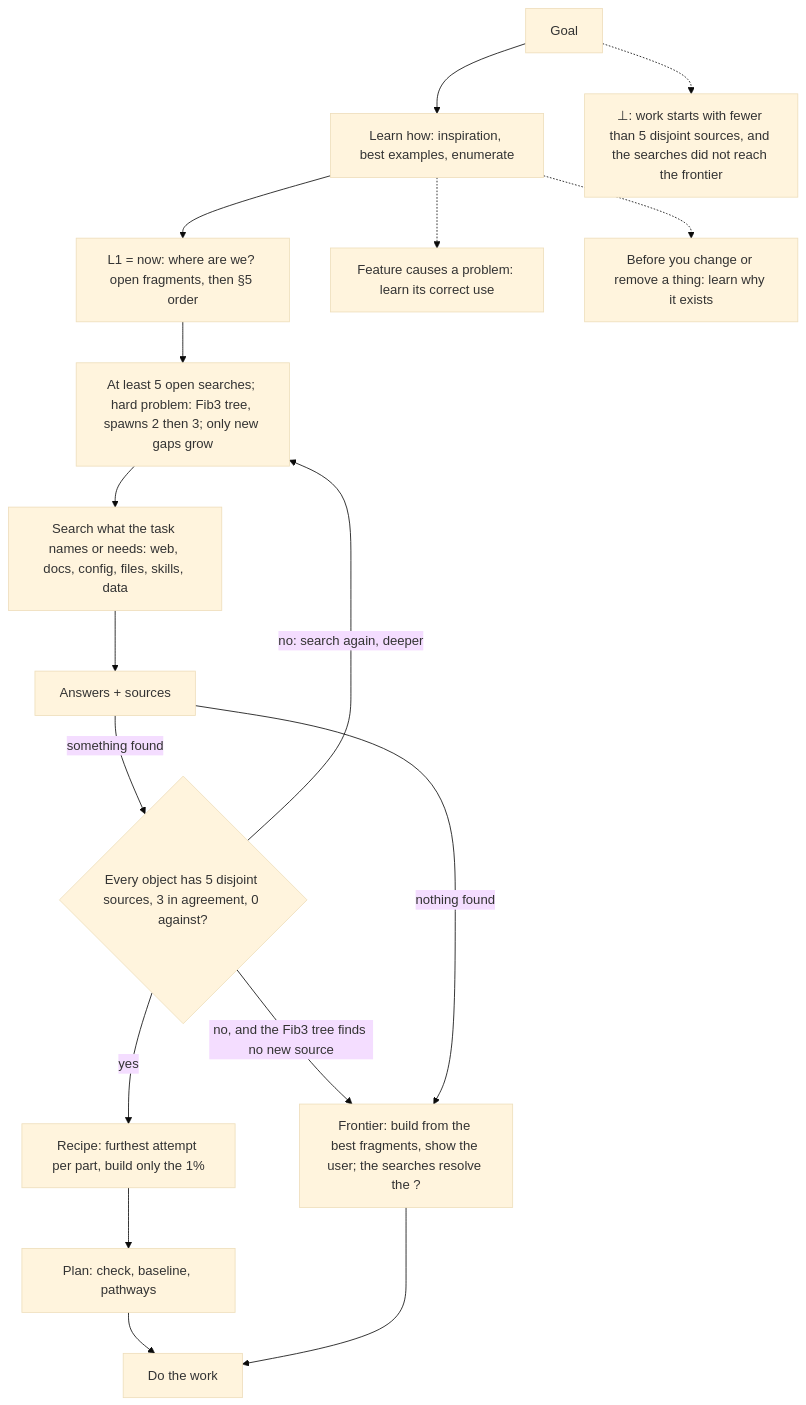
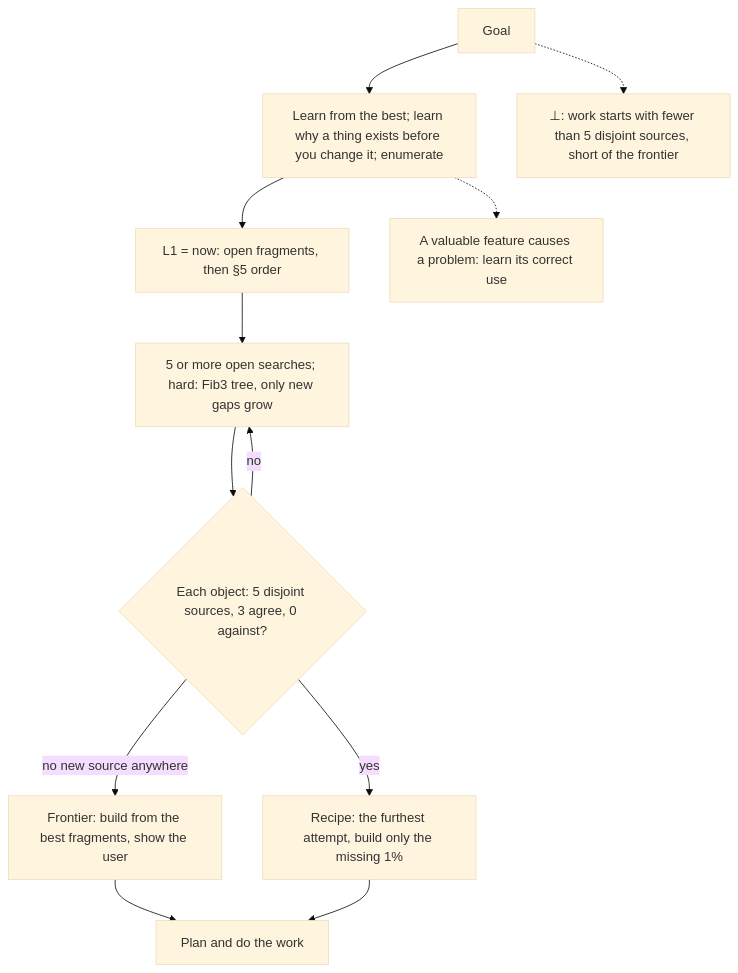
The fourth of 14 diagrams in AGENTS.md (SolenixAI/arbiter), drawn with Mermaid (base theme) before and after one commit. The commit also changed other lines of this file and 1 other file, not shown here.

First line of the commit message:
refactor(agents): every token earns its place: -20.5% per request, all rules and forms kept

````diff
--- a/AGENTS.md
+++ b/AGENTS.md
@@ -227,12 +153,10 @@
 ```mermaid
 flowchart TD
-  G[Goal] --> L[Learn how: inspiration, best examples, enumerate] --> F1["L1 = now: where are we? open fragments, then §5 order"] --> Q["At least 5 open searches; hard problem: Fib3 tree, spawns 2 then 3; only new gaps grow"] --> S[Search what the task names or needs: web, docs, config, files, skills, data]
-  S --> A[Answers + sources] -->|something found| N{Every object has 5 disjoint sources, 3 in agreement, 0 against?}
-  N -->|no: search again, deeper| Q
-  N -->|no, and the Fib3 tree finds no new source| U
-  N -->|yes| R[Recipe: furthest attempt per part, build only the 1%] --> P[Plan: check, baseline, pathways] --> B[Do the work]
-  A -->|nothing found| U["Frontier: build from the best fragments, show the user; the searches resolve the ?"] --> B
-  L -.-> NB[Feature causes a problem: learn its correct use]
-  L -.-> CF[Before you change or remove a thing: learn why it exists]
-  G -.-> BOT["⊥: work starts with fewer than 5 disjoint sources, and the searches did not reach the frontier"]
+  G[Goal] --> L["Learn from the best; learn why a thing exists before you change it; enumerate"] --> F1["L1 = now: open fragments, then §5 order"] --> Q["5 or more open searches; hard: Fib3 tree, only new gaps grow"]
+  Q --> N{"Each object: 5 disjoint sources, 3 agree, 0 against?"}
+  N -->|no| Q
+  N -->|no new source anywhere| U["Frontier: build from the best fragments, show the user"] --> B[Plan and do the work]
+  N -->|yes| R["Recipe: the furthest attempt, build only the missing 1%"] --> B
+  L -.-> NB["A valuable feature causes a problem: learn its correct use"]
+  G -.-> BOT["⊥: work starts with fewer than 5 disjoint sources, short of the frontier"]
 ```
````
